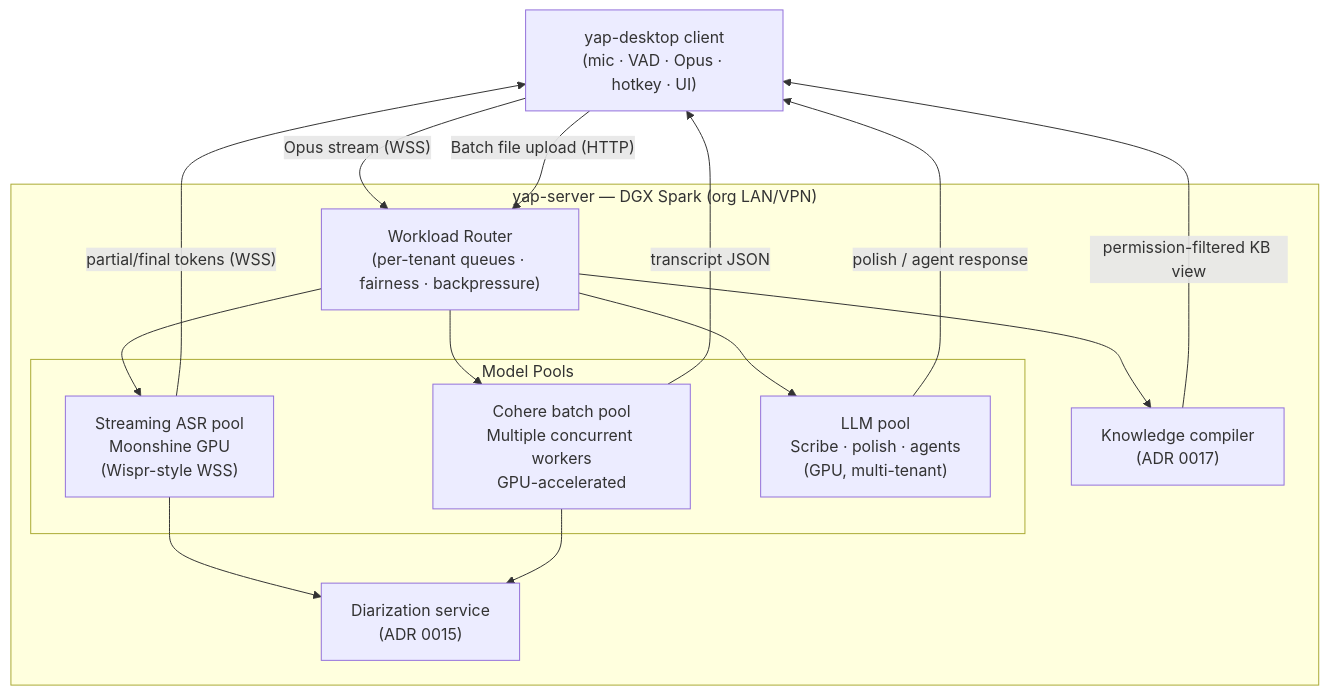
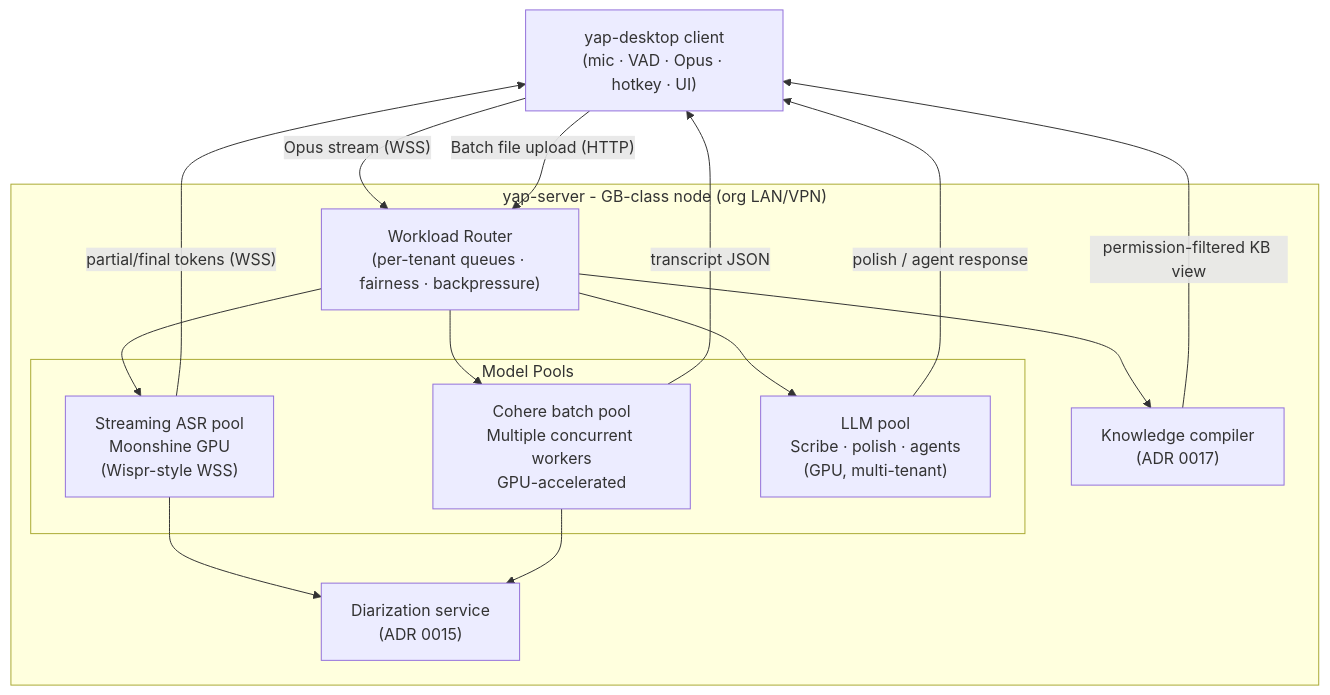
Before and after one commit to mcnatg1/yap: the first of 5 diagrams in docs/adr/0014-server-tier-compute-topology.md, drawn with Mermaid. The commit also changed other lines of this file and 84 other files, not shown here.

````diff
--- a/docs/adr/0014-server-tier-compute-topology.md
+++ b/docs/adr/0014-server-tier-compute-topology.md
@@ -58,29 +58,29 @@
 ```mermaid
 flowchart TB
     Client["yap-desktop client\n(mic · VAD · Opus · hotkey · UI)"]
 
-    subgraph Server["yap-server — DGX Spark (org LAN/VPN)"]
+    subgraph Server["yap-server - GB-class node (org LAN/VPN)"]
         Router["Workload Router\n(per-tenant queues · fairness · backpressure)"]
 
         subgraph Pools["Model Pools"]
             ASR["Streaming ASR pool\nMoonshine GPU\n(Wispr-style WSS)"]
             Batch["Cohere batch pool\nMultiple concurrent workers\nGPU-accelerated"]
             LLM["LLM pool\nScribe · polish · agents\n(GPU, multi-tenant)"]
         end
 
         KB["Knowledge compiler\n(ADR 0017)"]
         Diar["Diarization service\n(ADR 0015)"]
     end
 
     Client -->|"Opus stream (WSS)"| Router
     Client -->|"Batch file upload (HTTP)"| Router
     Router --> ASR
     Router --> Batch
     Router --> LLM
     Router --> KB
     ASR & Batch --> Diar
     ASR -->|"partial/final tokens (WSS)"| Client
     Batch -->|"transcript JSON"| Client
     LLM -->|"polish / agent response"| Client
     KB -->|"permission-filtered KB view"| Client
 ```
````
